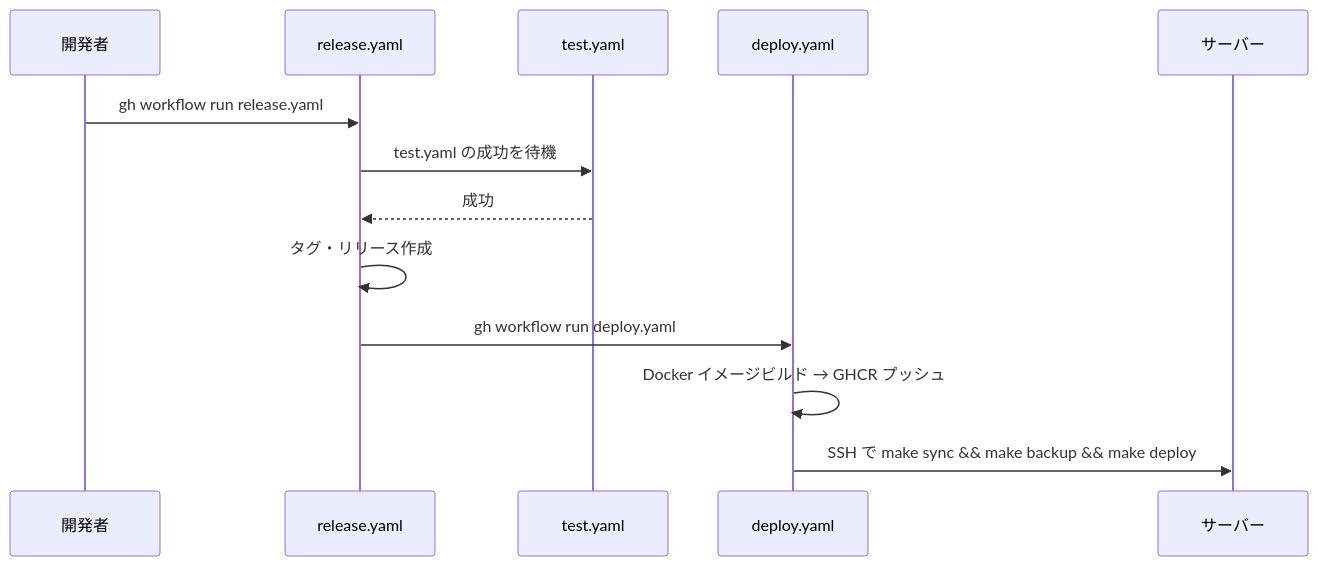
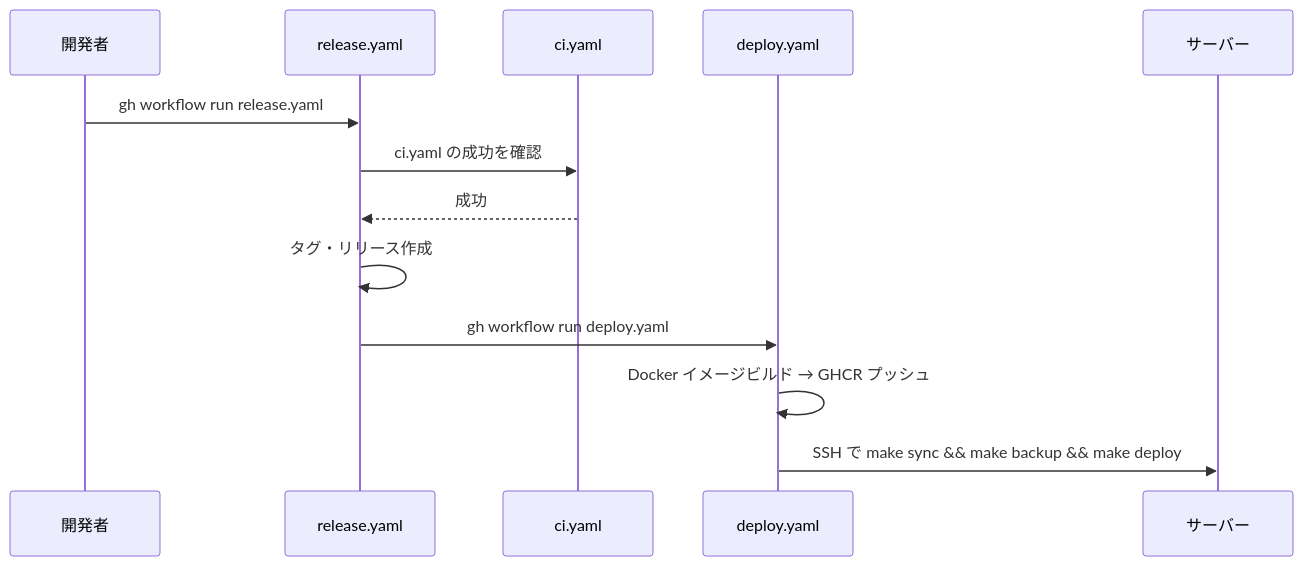
Before and after one commit to ak110/GLATasks2: the diagram in docs/development.md, drawn with Mermaid. The commit also changed other lines of this file and 4 other files, not shown here.

````diff
--- a/docs/development.md
+++ b/docs/development.md
@@ -151,16 +151,16 @@
 ```mermaid
 sequenceDiagram
     participant Dev as 開発者
     participant R as release.yaml
-    participant T as test.yaml
+    participant T as ci.yaml
     participant D as deploy.yaml
     participant S as サーバー
 
     Dev->>R: gh workflow run release.yaml
-    R->>T: test.yaml の成功を待機
+    R->>T: ci.yaml の成功を確認
     T-->>R: 成功
     R->>R: タグ・リリース作成
     R->>D: gh workflow run deploy.yaml
     D->>D: Docker イメージビルド → GHCR プッシュ
     D->>S: SSH で make sync && make backup && make deploy
 ```
````
